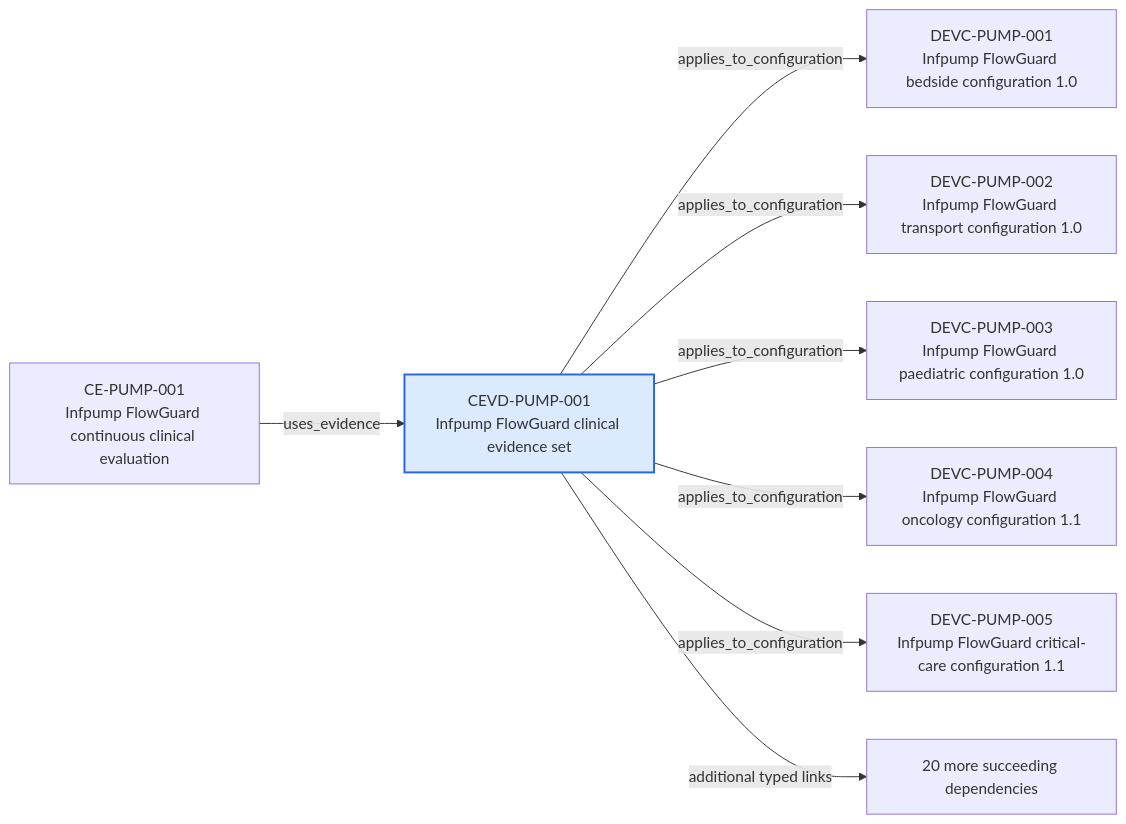
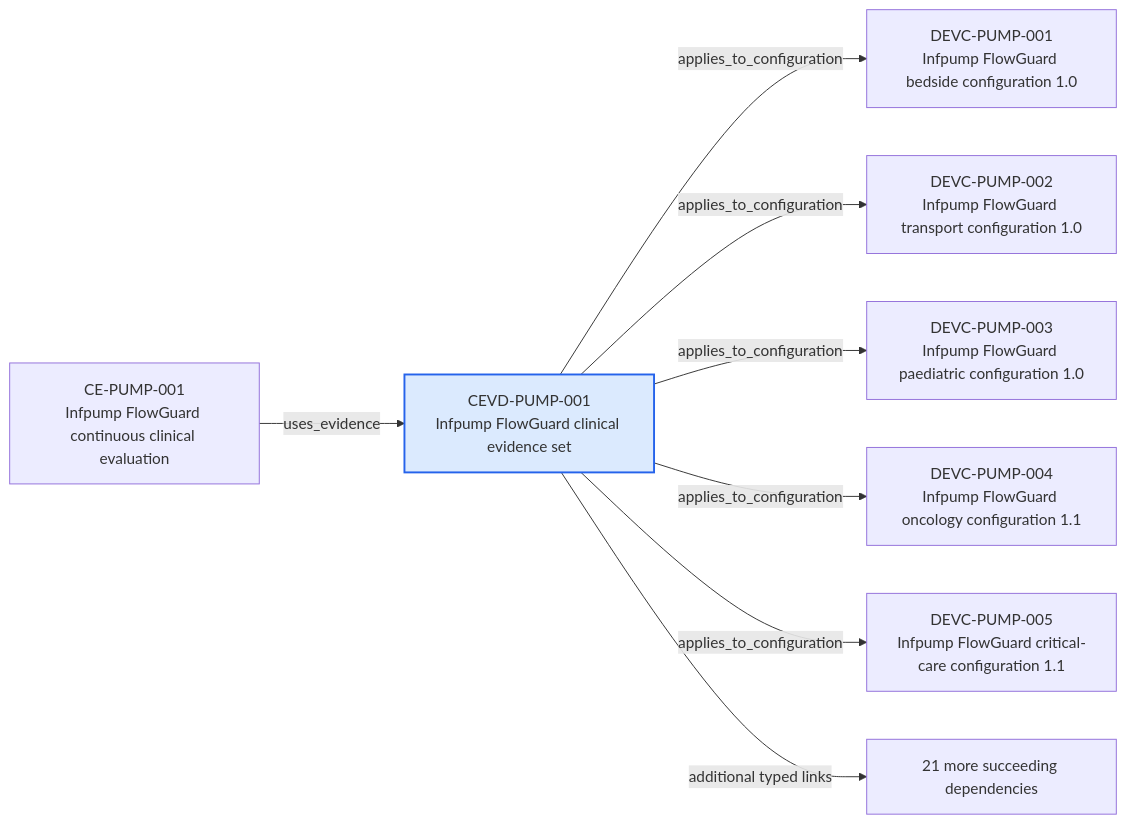
The diagram in content/06-Infpump FlowGuard ontology notes/clinical-evidence/CEVD-PUMP-001-infpump-flowguard-clinical-evidence-set.md (mvattulainen/mdrontology), drawn with Mermaid before and after one commit. The commit also changed other lines of this file and 37 other files, not shown here.

````diff
--- a/content/06-Infpump FlowGuard ontology notes/clinical-evidence/CEVD-PUMP-001-infpump-flowguard-clinical-evidence-set.md
+++ b/content/06-Infpump FlowGuard ontology notes/clinical-evidence/CEVD-PUMP-001-infpump-flowguard-clinical-evidence-set.md
@@ -103,20 +104,20 @@
 ```mermaid
 flowchart LR
   CURRENT["CEVD-PUMP-001<br/>Infpump FlowGuard clinical evidence set"]
   PREV0["CE-PUMP-001<br/>Infpump FlowGuard continuous clinical evaluation"]
   PREV0 -->|"uses_evidence"| CURRENT
   NEXT0["DEVC-PUMP-001<br/>Infpump FlowGuard bedside configuration 1.0"]
   CURRENT -->|"applies_to_configuration"| NEXT0
   NEXT1["DEVC-PUMP-002<br/>Infpump FlowGuard transport configuration 1.0"]
   CURRENT -->|"applies_to_configuration"| NEXT1
   NEXT2["DEVC-PUMP-003<br/>Infpump FlowGuard paediatric configuration 1.0"]
   CURRENT -->|"applies_to_configuration"| NEXT2
   NEXT3["DEVC-PUMP-004<br/>Infpump FlowGuard oncology configuration 1.1"]
   CURRENT -->|"applies_to_configuration"| NEXT3
   NEXT4["DEVC-PUMP-005<br/>Infpump FlowGuard critical-care configuration 1.1"]
   CURRENT -->|"applies_to_configuration"| NEXT4
-  NEXT_MORE["20 more succeeding dependencies"]
+  NEXT_MORE["21 more succeeding dependencies"]
   CURRENT -->|"additional typed links"| NEXT_MORE
   classDef current fill:#dbeafe,stroke:#2563eb,stroke-width:2px
   class CURRENT current
 ```
````
